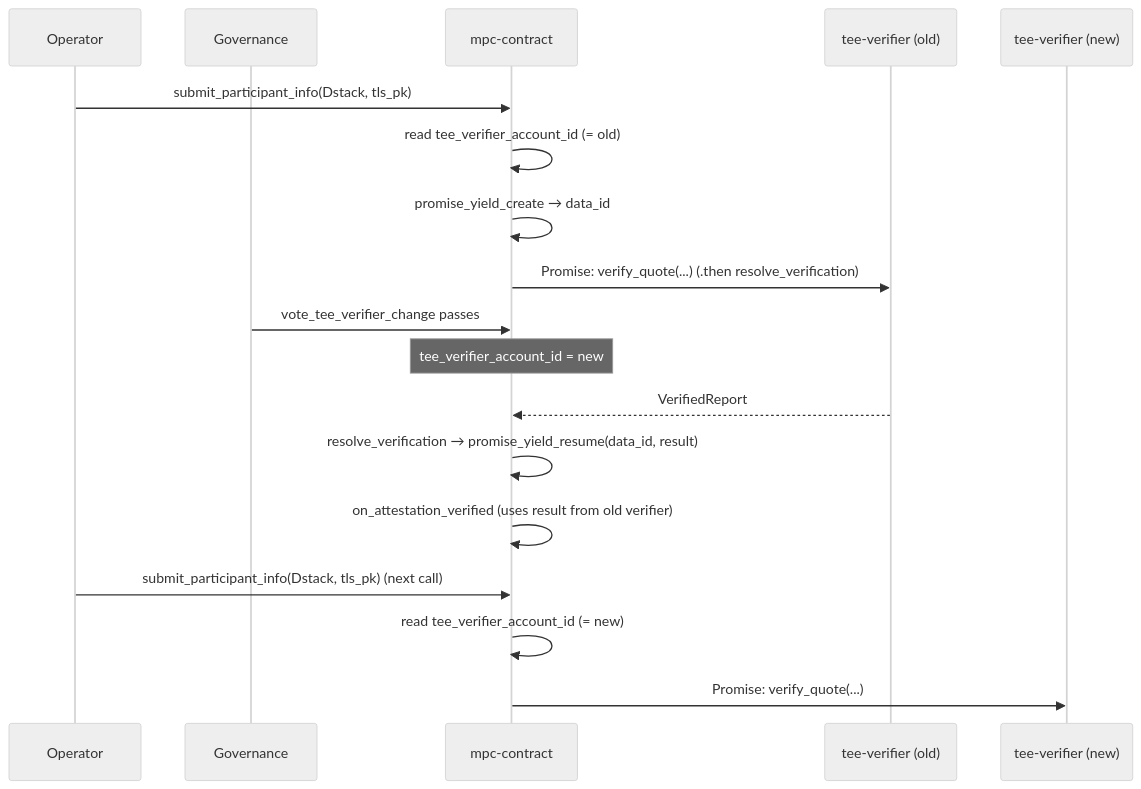
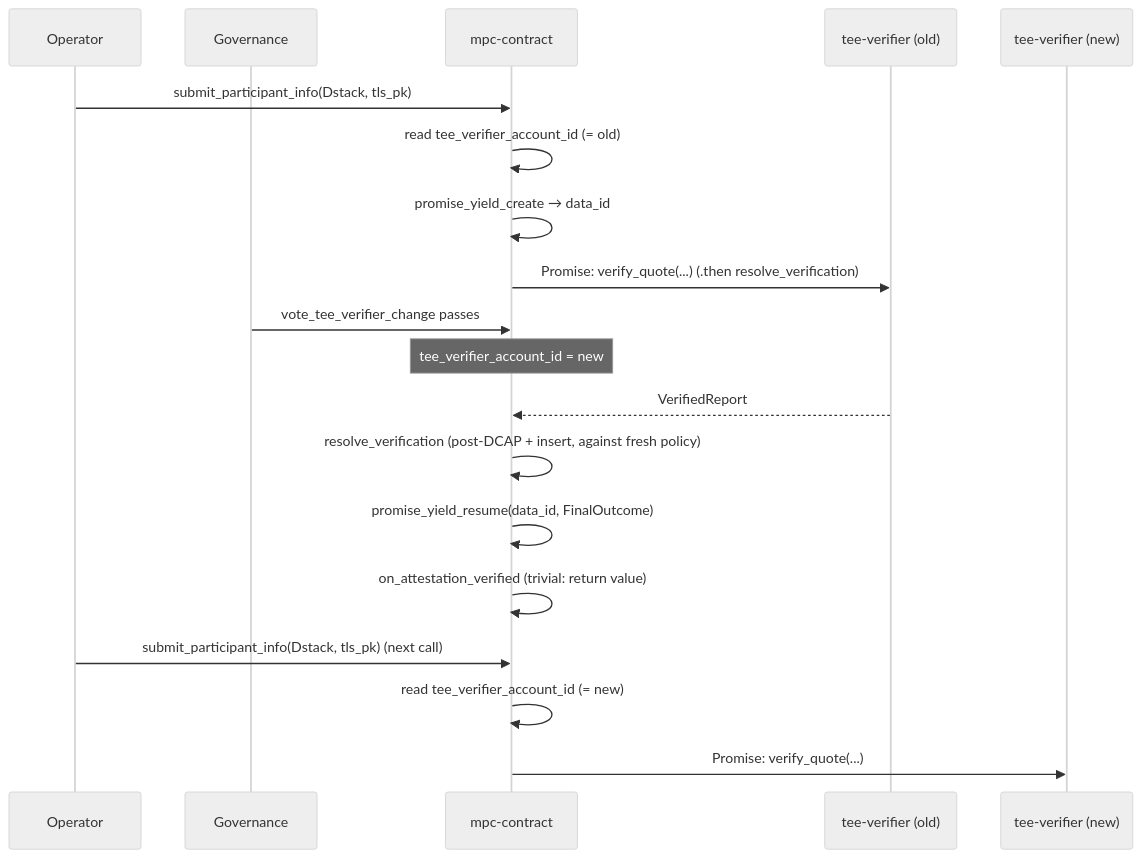
The sixth of 6 diagrams in docs/design/attestation-verifier-contract.md (near/mpc), drawn with Mermaid (neutral theme) before and after one commit. The commit also changed other lines of this file, not shown here.

First line of the commit message:
docs(design): move post-DCAP work out of the yield-callback

````diff
--- a/docs/design/attestation-verifier-contract.md
+++ b/docs/design/attestation-verifier-contract.md
@@ -308,24 +323,25 @@
 ```mermaid
 sequenceDiagram
     participant Op as Operator
     participant Gov as Governance
     participant MPC as mpc-contract
     participant VerOld as tee-verifier (old)
     participant VerNew as tee-verifier (new)
 
     Op->>MPC: submit_participant_info(Dstack, tls_pk)
     MPC->>MPC: read tee_verifier_account_id (= old)
     MPC->>MPC: promise_yield_create → data_id
     MPC->>VerOld: Promise: verify_quote(...) (.then resolve_verification)
 
     Gov->>MPC: vote_tee_verifier_change passes
     Note over MPC: tee_verifier_account_id = new
 
     VerOld-->>MPC: VerifiedReport
-    MPC->>MPC: resolve_verification → promise_yield_resume(data_id, result)
-    MPC->>MPC: on_attestation_verified (uses result from old verifier)
+    MPC->>MPC: resolve_verification (post-DCAP + insert, against fresh policy)
+    MPC->>MPC: promise_yield_resume(data_id, FinalOutcome)
+    MPC->>MPC: on_attestation_verified (trivial: return value)
 
     Op->>MPC: submit_participant_info(Dstack, tls_pk) (next call)
     MPC->>MPC: read tee_verifier_account_id (= new)
     MPC->>VerNew: Promise: verify_quote(...)
 ```
````
